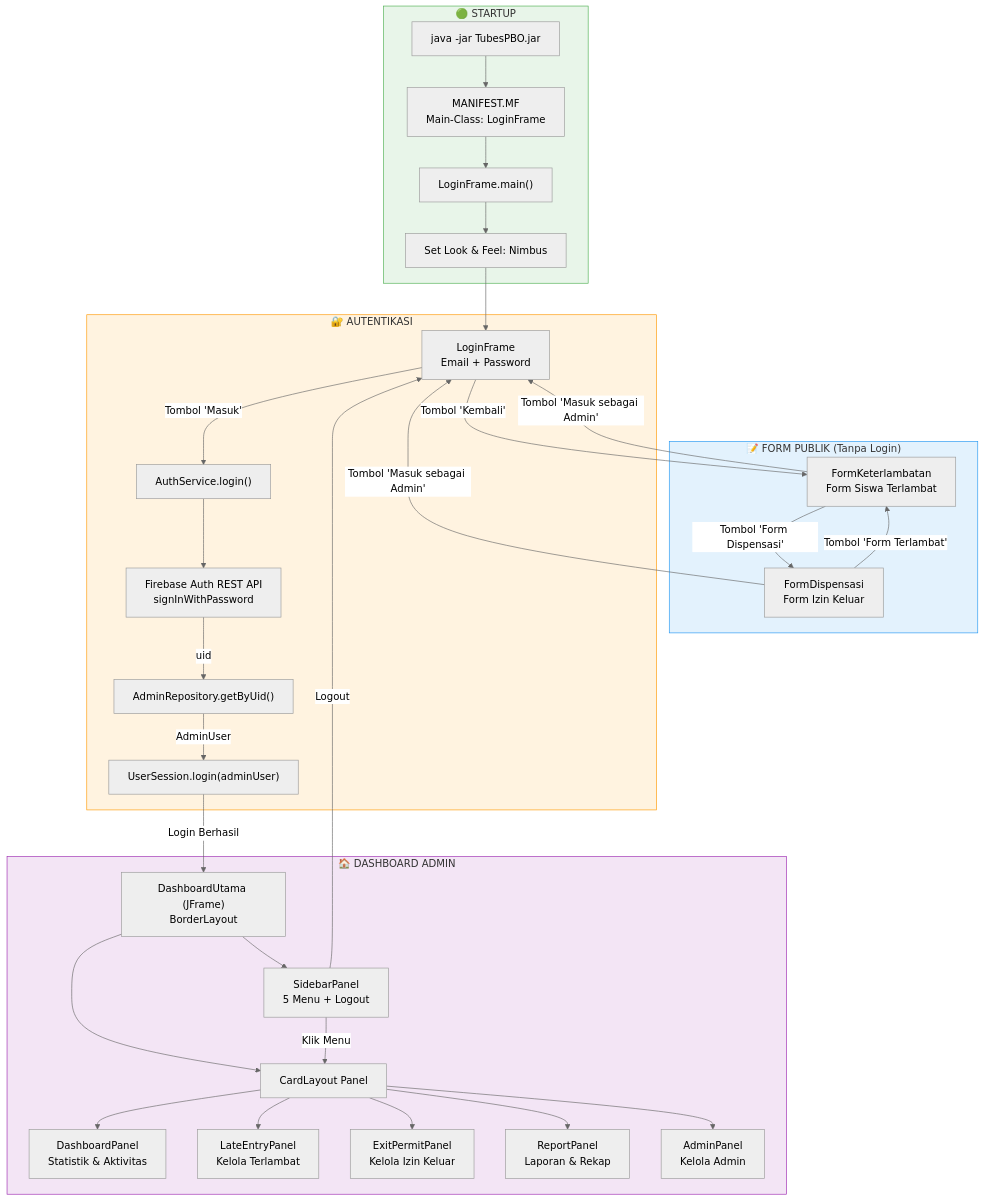
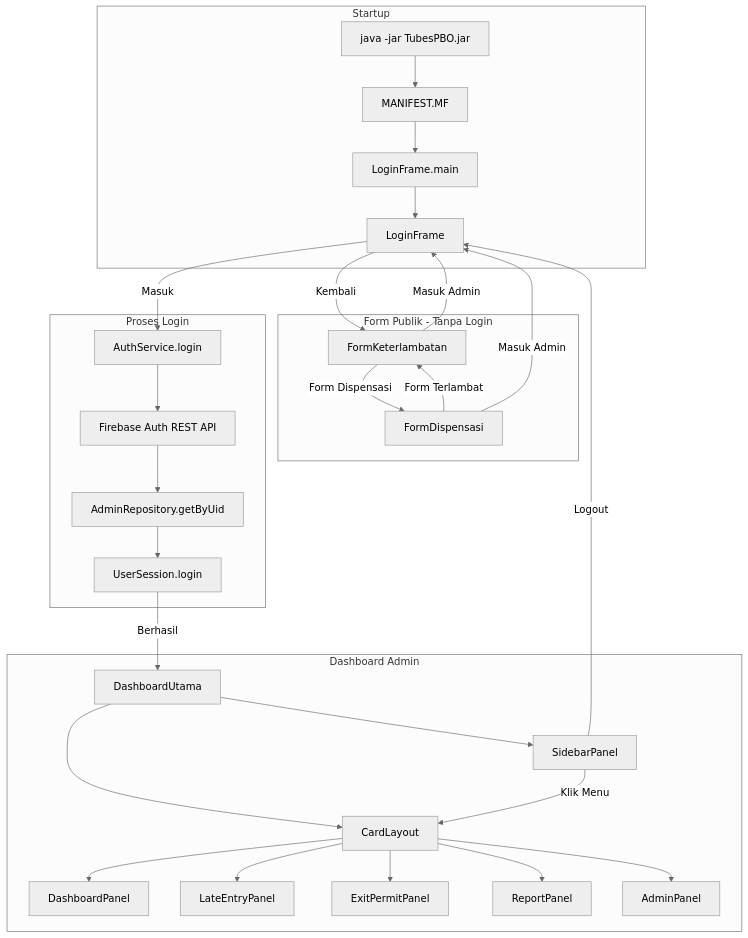
Before and after one commit to Doni354/TubesPBO: the sixth of 7 diagrams in DOKUMENTASI_PROYEK.md, drawn with Mermaid (neutral theme). The commit also changed other lines of this file, not shown here.

````diff
--- a/DOKUMENTASI_PROYEK.md
+++ b/DOKUMENTASI_PROYEK.md
@@ -755,64 +755,37 @@
 ```mermaid
 flowchart TD
-    subgraph STARTUP["🟢 STARTUP"]
-        JAR["java -jar TubesPBO.jar"]
-        MANIFEST["MANIFEST.MF<br/>Main-Class: LoginFrame"]
-        LF_MAIN["LoginFrame.main()"]
-        NIMBUS["Set Look & Feel: Nimbus"]
+    subgraph STARTUP ["Startup"]
+        JAR["java -jar TubesPBO.jar"] --> MANIFEST["MANIFEST.MF"] --> LF_MAIN["LoginFrame.main"] --> LOGIN["LoginFrame"]
     end
 
-    subgraph PUBLIC["📝 FORM PUBLIK (Tanpa Login)"]
-        FK["FormKeterlambatan<br/>Form Siswa Terlambat"]
-        FD["FormDispensasi<br/>Form Izin Keluar"]
+    subgraph PUBLIC ["Form Publik - Tanpa Login"]
+        FK["FormKeterlambatan"]
+        FD["FormDispensasi"]
     end
 
-    subgraph AUTH["🔐 AUTENTIKASI"]
-        LOGIN["LoginFrame<br/>Email + Password"]
-        AUTH_SVC["AuthService.login()"]
-        FB_REST["Firebase Auth REST API<br/>signInWithPassword"]
-        ADMIN_REPO["AdminRepository.getByUid()"]
-        USER_SESS["UserSession.login(adminUser)"]
+    subgraph AUTH ["Proses Login"]
+        AUTH_SVC["AuthService.login"] --> FB_REST["Firebase Auth REST API"]
+        FB_REST --> ADMIN_REPO["AdminRepository.getByUid"]
+        ADMIN_REPO --> USER_SESS["UserSession.login"]
     end
 
-    subgraph DASHBOARD["🏠 DASHBOARD ADMIN"]
-        DU["DashboardUtama (JFrame)<br/>BorderLayout"]
-        SIDEBAR["SidebarPanel<br/>5 Menu + Logout"]
-        CARD["CardLayout Panel"]
-
-        DP["DashboardPanel<br/>Statistik & Aktivitas"]
-        LEP["LateEntryPanel<br/>Kelola Terlambat"]
-        EPP["ExitPermitPanel<br/>Kelola Izin Keluar"]
-        RP["ReportPanel<br/>Laporan & Rekap"]
-        AP["AdminPanel<br/>Kelola Admin"]
+    subgraph DASHBOARD ["Dashboard Admin"]
+        DU["DashboardUtama"] --> SIDEBAR["SidebarPanel"]
+        DU --> CARD["CardLayout"]
+        CARD --> DP["DashboardPanel"]
+        CARD --> LEP["LateEntryPanel"]
+        CARD --> EPP["ExitPermitPanel"]
+        CARD --> RP["ReportPanel"]
+        CARD --> AP["AdminPanel"]
     end
 
-    JAR --> MANIFEST --> LF_MAIN --> NIMBUS --> LOGIN
-
-    LOGIN -->|"Tombol 'Kembali'"| FK
-    FK -->|"Tombol 'Form Dispensasi'"| FD
-    FD -->|"Tombol 'Form Terlambat'"| FK
-    FK -->|"Tombol 'Masuk sebagai Admin'"| LOGIN
-    FD -->|"Tombol 'Masuk sebagai Admin'"| LOGIN
-
-    LOGIN -->|"Tombol 'Masuk'"| AUTH_SVC
-    AUTH_SVC --> FB_REST
-    FB_REST -->|"uid"| ADMIN_REPO
-    ADMIN_REPO -->|"AdminUser"| USER_SESS
-    USER_SESS -->|"Login Berhasil"| DU
-
-    DU --> SIDEBAR
-    DU --> CARD
-    SIDEBAR -->|"Klik Menu"| CARD
-    CARD --> DP
-    CARD --> LEP
-    CARD --> EPP
-    CARD --> RP
-    CARD --> AP
-
-    SIDEBAR -->|"Logout"| LOGIN
-
-    style STARTUP fill:#e8f5e9,stroke:#4caf50
-    style PUBLIC fill:#e3f2fd,stroke:#2196f3
-    style AUTH fill:#fff3e0,stroke:#ff9800
-    style DASHBOARD fill:#f3e5f5,stroke:#9c27b0
+    LOGIN -- Kembali --> FK
+    FK -- Form Dispensasi --> FD
+    FD -- Form Terlambat --> FK
+    FK -- Masuk Admin --> LOGIN
+    FD -- Masuk Admin --> LOGIN
+    LOGIN -- Masuk --> AUTH_SVC
+    USER_SESS -- Berhasil --> DU
+    SIDEBAR -- Logout --> LOGIN
+    SIDEBAR -- Klik Menu --> CARD
 ```
````
